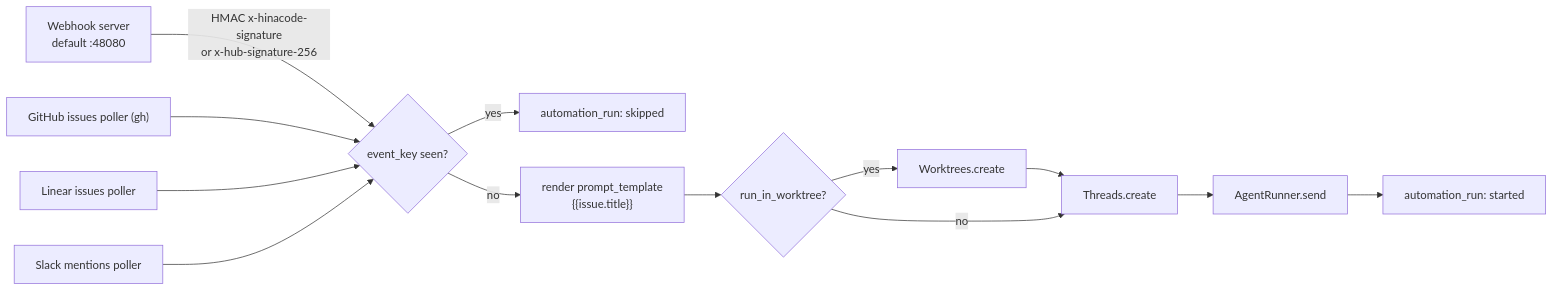
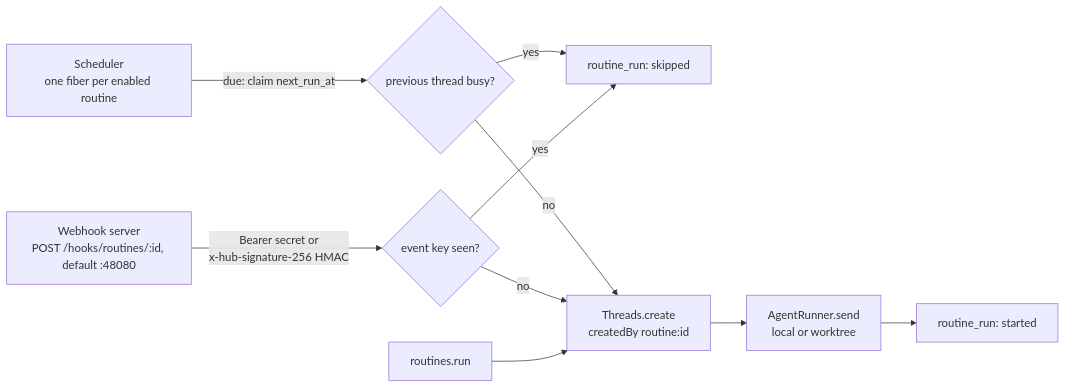
Diagram 17 of 18 in docs/arch.md (hinadev-ai/hinacode), drawn with Mermaid before and after one commit. The commit also changed other lines of this file and 84 other files, not shown here.

````diff
--- a/docs/arch.md
+++ b/docs/arch.md
@@ -666,13 +667,11 @@
 ```mermaid
 flowchart LR
-  wh["Webhook server<br/>default :48080"] -- "HMAC x-hinacode-signature<br/>or x-hub-signature-256" --> dedup
-  gh["GitHub issues poller (gh)"] --> dedup
-  lin["Linear issues poller"] --> dedup
-  sl["Slack mentions poller"] --> dedup
-  dedup{"event_key seen?"} -- yes --> skipped["automation_run: skipped"]
-  dedup -- no --> tpl["render prompt_template<br/>{{issue.title}}"]
-  tpl --> wt{"run_in_worktree?"}
-  wt -- yes --> create["Worktrees.create"] --> thread
-  wt -- no --> thread["Threads.create"]
-  thread --> send["AgentRunner.send"] --> started["automation_run: started"]
+  sched["Scheduler<br/>one fiber per enabled routine"] -- "due: claim next_run_at" --> busy{"previous thread busy?"}
+  busy -- yes --> skipped["routine_run: skipped"]
+  busy -- no --> start
+  wh["Webhook server<br/>POST /hooks/routines/:id, default :48080"] -- "Bearer secret or<br/>x-hub-signature-256 HMAC" --> dedup{"event key seen?"}
+  dedup -- yes --> skipped
+  dedup -- no --> start
+  manual["routines.run"] --> start
+  start["Threads.create<br/>createdBy routine:id"] --> send["AgentRunner.send<br/>local or worktree"] --> started["routine_run: started"]
 ```
````
